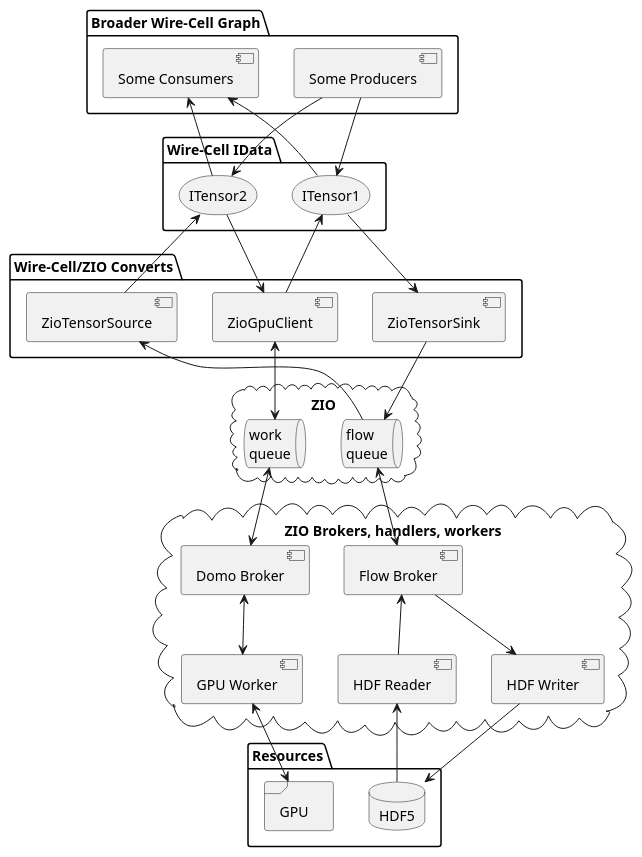
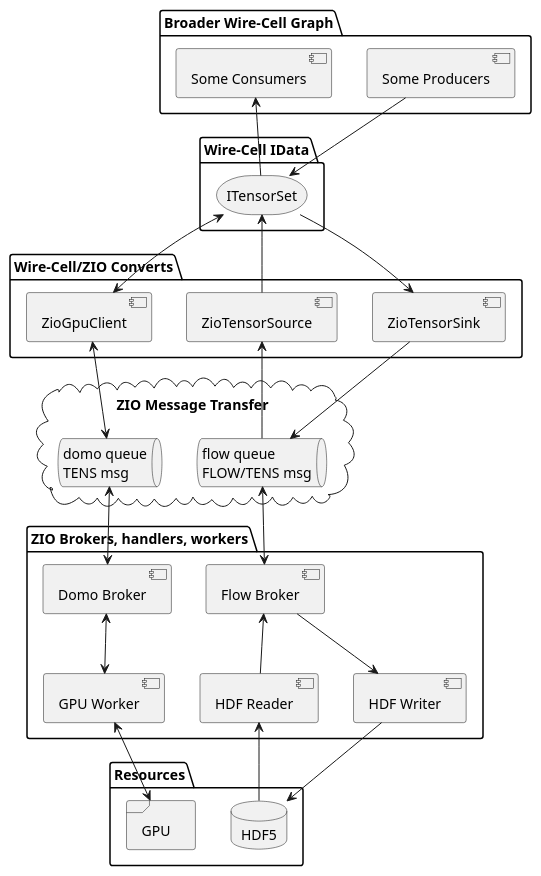
Before and after one commit to brettviren/zio: the diagram in docs/big-picture.plantuml, drawn with PlantUML. The commit also changed 13 other files, not shown here.

Commit message:
Vague words to go with the vague diagram

```diff
--- a/docs/big-picture.plantuml
+++ b/docs/big-picture.plantuml
@@ -1,54 +1,50 @@
 @startuml
 package "Broader Wire-Cell Graph" {
         [Some Producers] as prod
         [Some Consumers] as cons
 }
 
 
 package "Wire-Cell IData" {
-        storage ITensor1
-        storage ITensor2
+        storage "ITensorSet" as tensors
 }
 package "Wire-Cell/ZIO Converts" {
         [ZioTensorSink]
         [ZioTensorSource]
         [ZioGpuClient]
 }
-cloud "ZIO" {
-        queue "flow\nqueue" as flow
-        queue "work\nqueue" as work
+cloud "ZIO Message Transfer\n" {
+        queue "flow queue\nFLOW/TENS msg" as flow
+        queue "domo queue\nTENS msg" as work
 }
-cloud "ZIO Brokers, handlers, workers" {
+package "ZIO Brokers, handlers, workers" {
         [Flow Broker] as flowb
         [Domo Broker] as domob
         [HDF Reader] as hdfr
         [HDF Writer] as hdfw
         [GPU Worker] as gpuw
 
         flow <--> flowb
         flowb --> hdfw
         flowb <-- hdfr
 
         work <--> domob
         domob <--> gpuw
 } 
 package "Resources" {
         database HDF5 as hdf
         frame GPU
 }        
-prod --> ITensor1
-prod --> ITensor2
-cons <-- ITensor1
-cons <-- ITensor2
+prod --> tensors
+cons <-- tensors
 
-ITensor1 --> [ZioTensorSink]
-ITensor2 <-- [ZioTensorSource]
+tensors --> [ZioTensorSink]
+tensors <-- [ZioTensorSource]
 [ZioTensorSink] --> flow
 [ZioTensorSource] <-- flow
 [ZioGpuClient] <--> work
-ITensor2 --> [ZioGpuClient]
-[ZioGpuClient] --> ITensor1
+tensors <--> [ZioGpuClient]
 hdfr <-- hdf
 hdfw --> hdf
 gpuw <--> GPU
 @enduml
```
